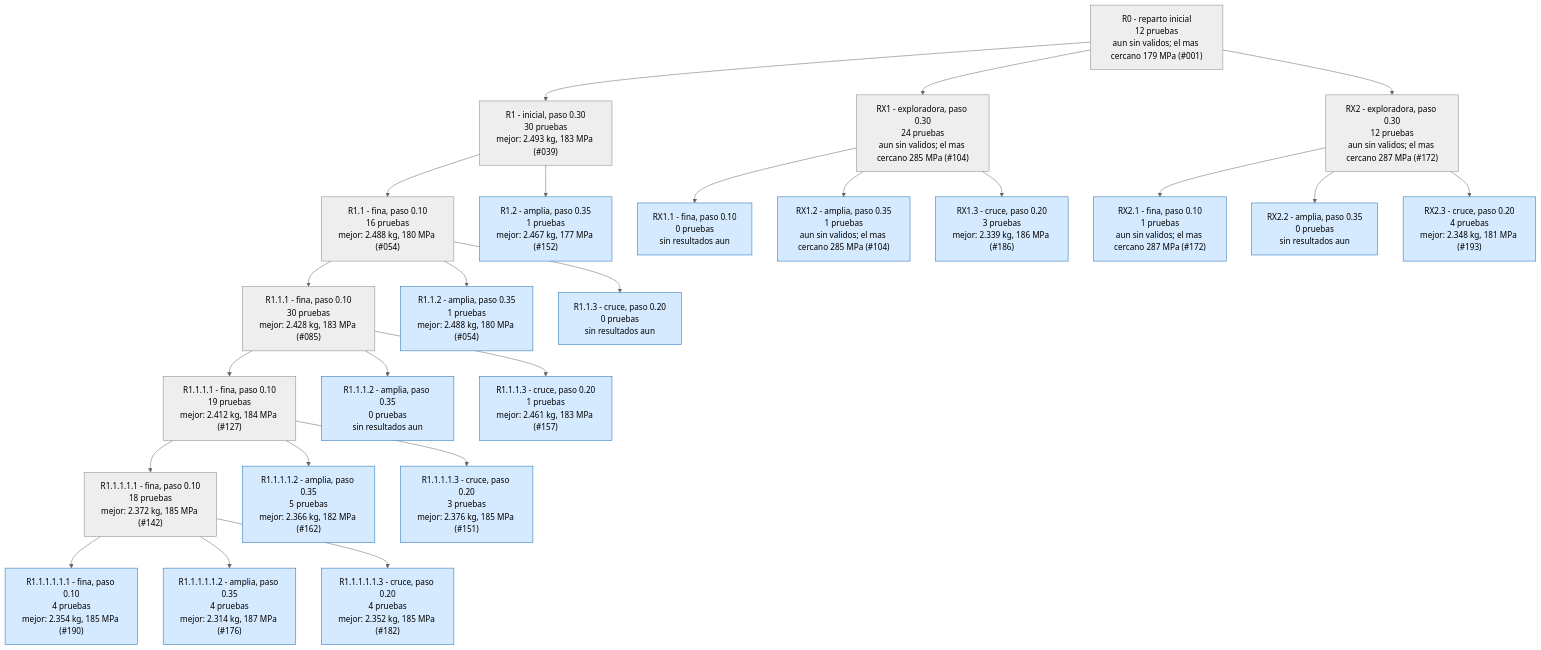
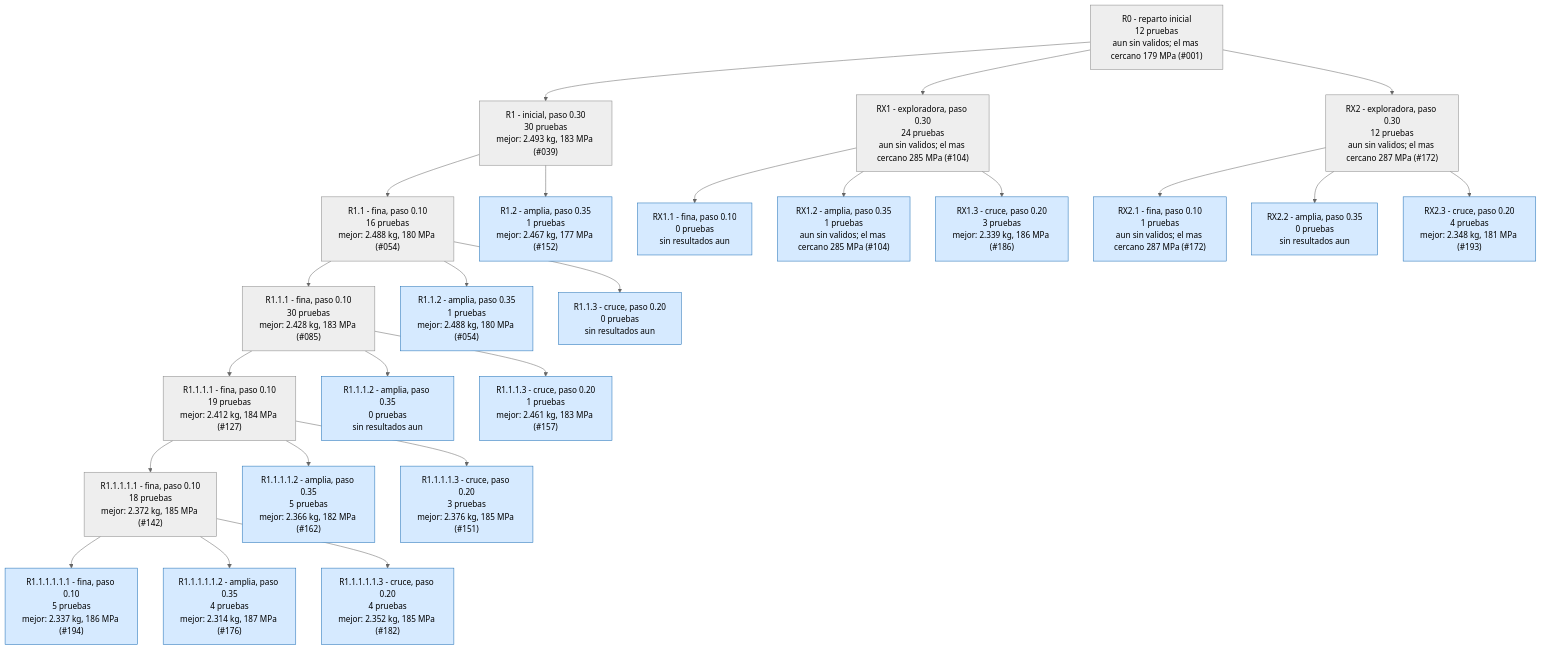
One commit to Hugiko/msd-soporte-optimizacion changed the second of 4 diagrams in runs/opt_37800N/ARBOL.md. Above: the diagram before and after it, drawn with Mermaid (neutral theme). The commit also changed 22 other files, not shown here.

````diff
--- a/runs/opt_37800N/ARBOL.md
+++ b/runs/opt_37800N/ARBOL.md
@@ -45,53 +45,53 @@
 ```mermaid
 graph TD
 classDef activa fill:#d6eaff,stroke:#1f6fb5,color:#000
 classDef fin fill:#eeeeee,stroke:#888,color:#000
 classDef mejor fill:#c8f0c0,stroke:#1a9850,stroke-width:4px,color:#000
 R0["R0 - reparto inicial<br/>12 pruebas<br/>aun sin validos; el mas cercano 179 MPa (#001)"]:::fin
 R1["R1 - inicial, paso 0.30<br/>30 pruebas<br/>mejor: 2.493 kg, 183 MPa (#039)"]:::fin
 R0 --> R1
 R1_1["R1.1 - fina, paso 0.10<br/>16 pruebas<br/>mejor: 2.488 kg, 180 MPa (#054)"]:::fin
 R1 --> R1_1
 R1_2["R1.2 - amplia, paso 0.35<br/>1 pruebas<br/>mejor: 2.467 kg, 177 MPa (#152)"]:::activa
 R1 --> R1_2
 R1_1_1["R1.1.1 - fina, paso 0.10<br/>30 pruebas<br/>mejor: 2.428 kg, 183 MPa (#085)"]:::fin
 R1_1 --> R1_1_1
 R1_1_2["R1.1.2 - amplia, paso 0.35<br/>1 pruebas<br/>mejor: 2.488 kg, 180 MPa (#054)"]:::activa
 R1_1 --> R1_1_2
 R1_1_3["R1.1.3 - cruce, paso 0.20<br/>0 pruebas<br/>sin resultados aun"]:::activa
 R1_1 --> R1_1_3
 R1_1_1_1["R1.1.1.1 - fina, paso 0.10<br/>19 pruebas<br/>mejor: 2.412 kg, 184 MPa (#127)"]:::fin
 R1_1_1 --> R1_1_1_1
 R1_1_1_2["R1.1.1.2 - amplia, paso 0.35<br/>0 pruebas<br/>sin resultados aun"]:::activa
 R1_1_1 --> R1_1_1_2
 R1_1_1_3["R1.1.1.3 - cruce, paso 0.20<br/>1 pruebas<br/>mejor: 2.461 kg, 183 MPa (#157)"]:::activa
 R1_1_1 --> R1_1_1_3
 RX1["RX1 - exploradora, paso 0.30<br/>24 pruebas<br/>aun sin validos; el mas cercano 285 MPa (#104)"]:::fin
 R0 --> RX1
 RX1_1["RX1.1 - fina, paso 0.10<br/>0 pruebas<br/>sin resultados aun"]:::activa
 RX1 --> RX1_1
 RX1_2["RX1.2 - amplia, paso 0.35<br/>1 pruebas<br/>aun sin validos; el mas cercano 285 MPa (#104)"]:::activa
 RX1 --> RX1_2
 RX1_3["RX1.3 - cruce, paso 0.20<br/>3 pruebas<br/>mejor: 2.339 kg, 186 MPa (#186)"]:::activa
 RX1 --> RX1_3
 R1_1_1_1_1["R1.1.1.1.1 - fina, paso 0.10<br/>18 pruebas<br/>mejor: 2.372 kg, 185 MPa (#142)"]:::fin
 R1_1_1_1 --> R1_1_1_1_1
 R1_1_1_1_2["R1.1.1.1.2 - amplia, paso 0.35<br/>5 pruebas<br/>mejor: 2.366 kg, 182 MPa (#162)"]:::activa
 R1_1_1_1 --> R1_1_1_1_2
 R1_1_1_1_3["R1.1.1.1.3 - cruce, paso 0.20<br/>3 pruebas<br/>mejor: 2.376 kg, 185 MPa (#151)"]:::activa
 R1_1_1_1 --> R1_1_1_1_3
-R1_1_1_1_1_1["R1.1.1.1.1.1 - fina, paso 0.10<br/>4 pruebas<br/>mejor: 2.354 kg, 185 MPa (#190)"]:::activa
+R1_1_1_1_1_1["R1.1.1.1.1.1 - fina, paso 0.10<br/>5 pruebas<br/>mejor: 2.337 kg, 186 MPa (#194)"]:::activa
 R1_1_1_1_1 --> R1_1_1_1_1_1
 R1_1_1_1_1_2["R1.1.1.1.1.2 - amplia, paso 0.35<br/>4 pruebas<br/>mejor: 2.314 kg, 187 MPa (#176)"]:::activa
 R1_1_1_1_1 --> R1_1_1_1_1_2
 R1_1_1_1_1_3["R1.1.1.1.1.3 - cruce, paso 0.20<br/>4 pruebas<br/>mejor: 2.352 kg, 185 MPa (#182)"]:::activa
 R1_1_1_1_1 --> R1_1_1_1_1_3
 RX2["RX2 - exploradora, paso 0.30<br/>12 pruebas<br/>aun sin validos; el mas cercano 287 MPa (#172)"]:::fin
 R0 --> RX2
 RX2_1["RX2.1 - fina, paso 0.10<br/>1 pruebas<br/>aun sin validos; el mas cercano 287 MPa (#172)"]:::activa
 RX2 --> RX2_1
 RX2_2["RX2.2 - amplia, paso 0.35<br/>0 pruebas<br/>sin resultados aun"]:::activa
 RX2 --> RX2_2
 RX2_3["RX2.3 - cruce, paso 0.20<br/>4 pruebas<br/>mejor: 2.348 kg, 181 MPa (#193)"]:::activa
 RX2 --> RX2_3
 ```
````
